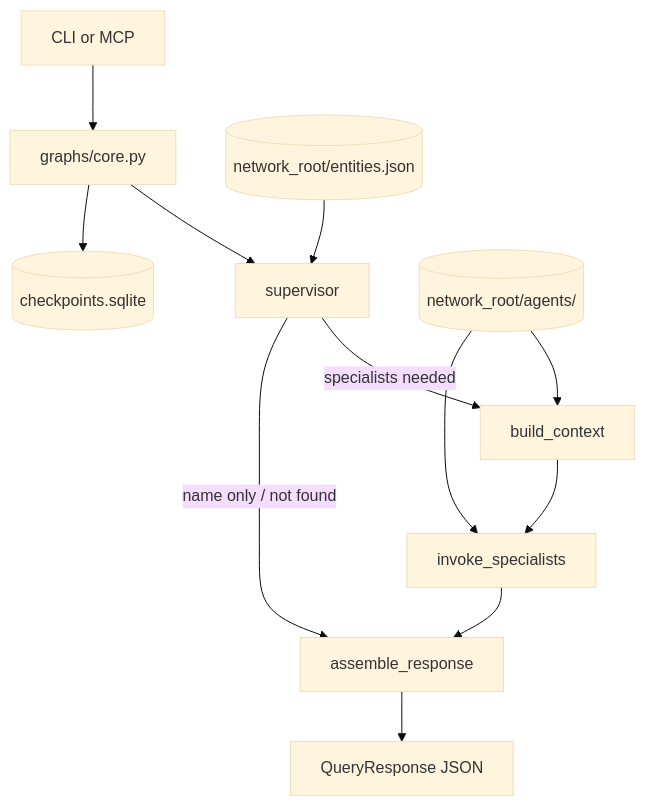
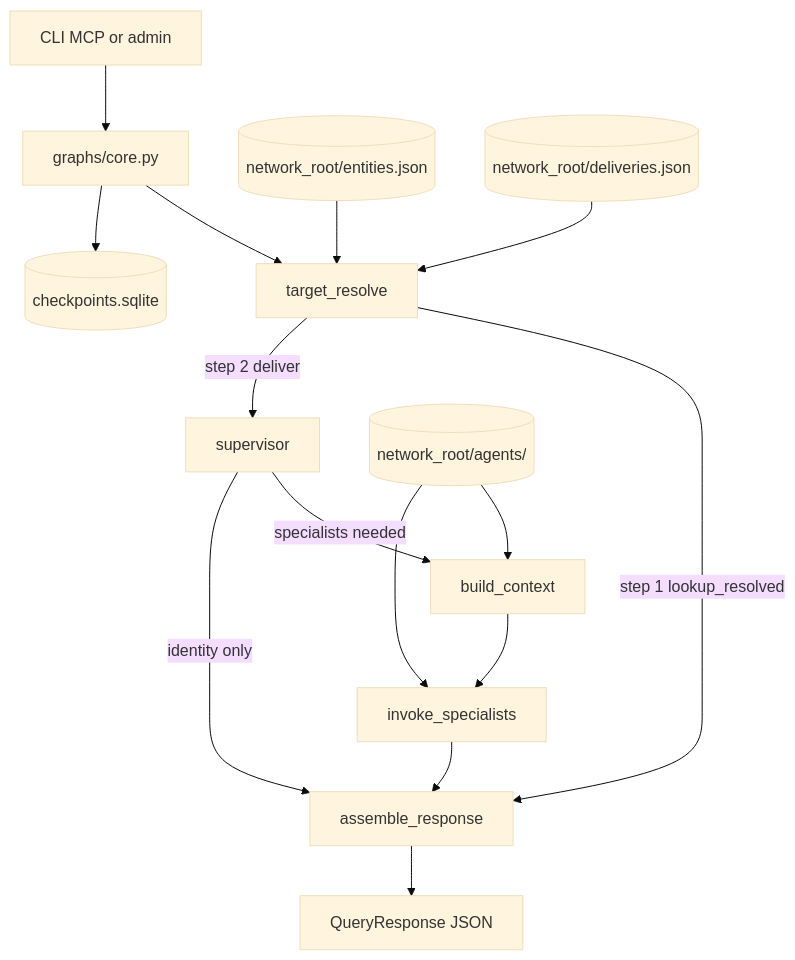
One commit to myceliumdata/mycelium changed the diagram in README.md. Above: the diagram before and after it, drawn with Mermaid (base theme). The commit also changed other lines of this file and 9 other files, not shown here.

````diff
--- a/README.md
+++ b/README.md
@@ -347,14 +348,17 @@
 ```mermaid
 flowchart TD
-    Client[CLI or MCP] --> Graph[graphs/core.py]
-    Graph --> S[supervisor]
+    Client[CLI MCP or admin] --> Graph[graphs/core.py]
+    Graph --> TR[target_resolve]
+    TR -->|step 1 lookup_resolved| ASM[assemble_response]
+    TR -->|step 2 deliver| S[supervisor]
     S -->|specialists needed| BC[build_context]
     BC --> INV[invoke_specialists]
-    INV --> ASM[assemble_response]
-    S -->|name only / not found| ASM
+    INV --> ASM
+    S -->|identity only| ASM
     ASM --> RES[QueryResponse JSON]
     Graph --> CP[(checkpoints.sqlite)]
-    Entities[(network_root/entities.json)] --> S
+    Entities[(network_root/entities.json)] --> TR
+    Deliveries[(network_root/deliveries.json)] --> TR
     Store[(network_root/agents/)] --> BC
     Store --> INV
 ```
````
